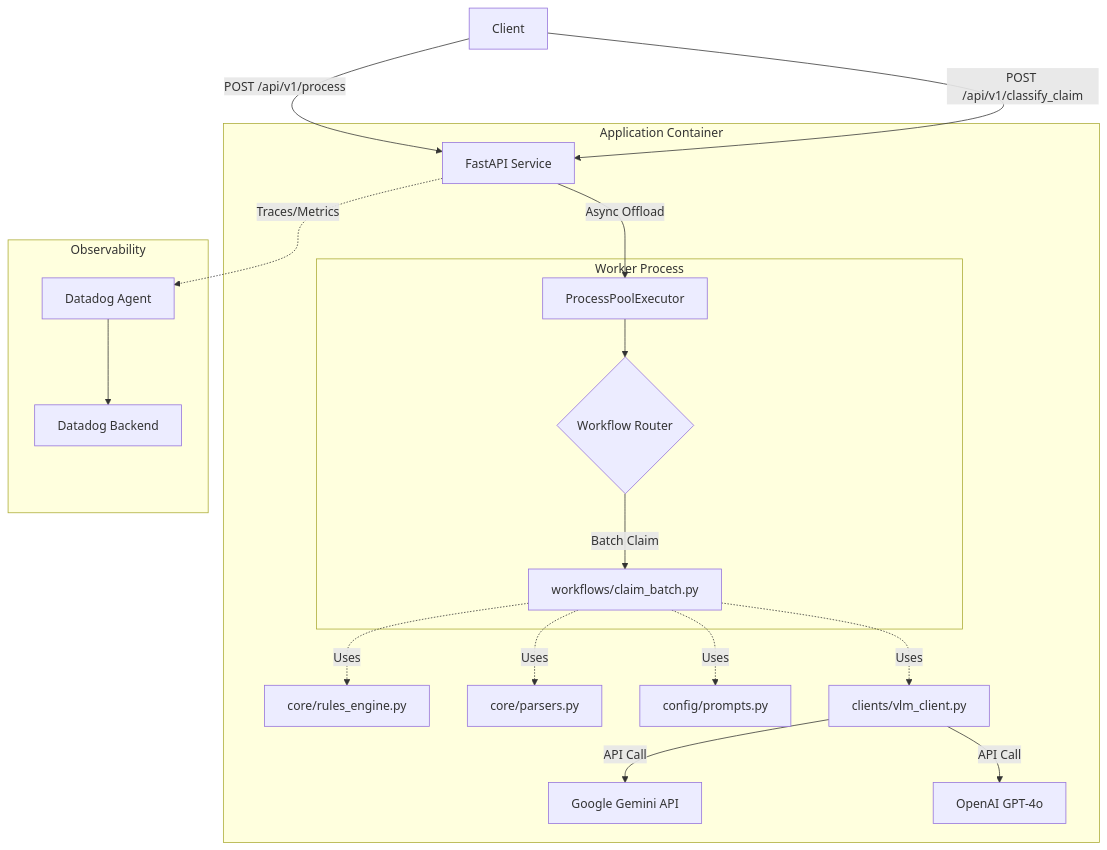
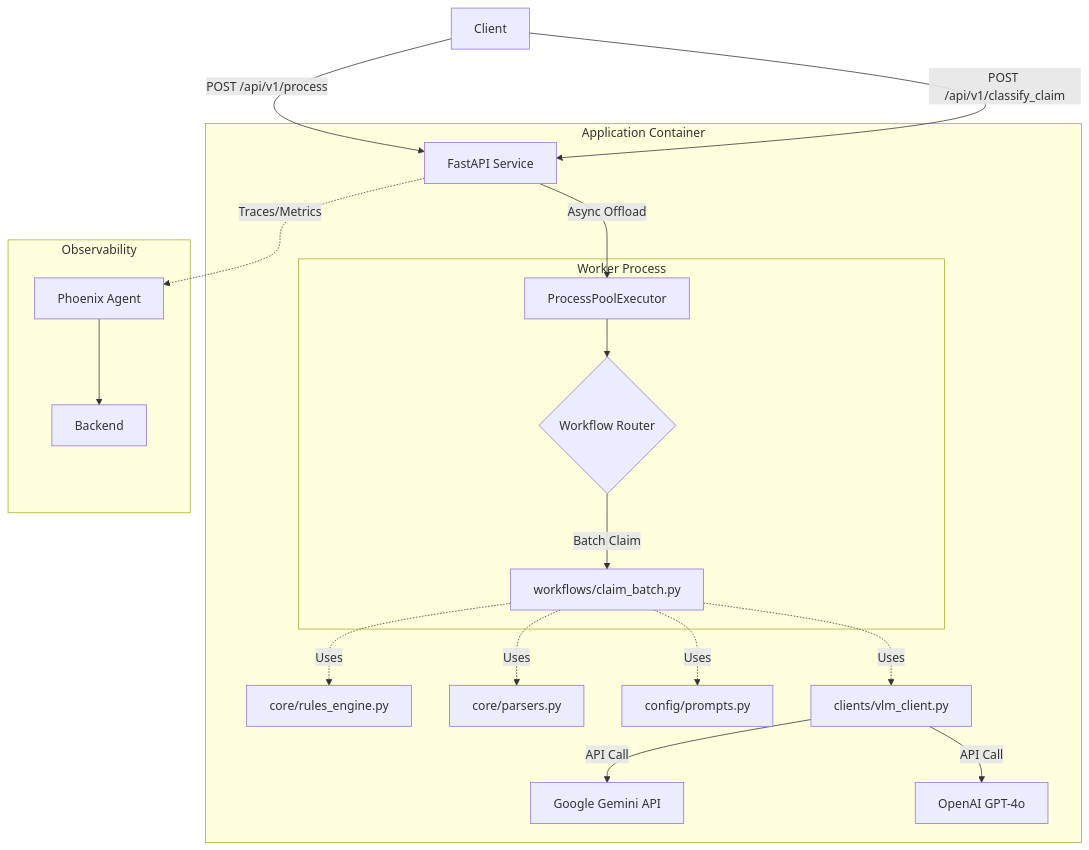
Before and after one commit to Omninoob-999/DBIproj: the diagram in ARCHITECTURE.md, drawn with Mermaid. The commit also changed other lines of this file, not shown here.

````diff
--- a/ARCHITECTURE.md
+++ b/ARCHITECTURE.md
@@ -11,28 +11,28 @@
 ```mermaid
 graph TD
     Client[Client] -->|POST /api/v1/process| API[FastAPI Service]
     Client -->|POST /api/v1/classify_claim| API
     
     subgraph "Application Container"
         API -->|Async Offload| WorkerPool[ProcessPoolExecutor]
         
         subgraph "Worker Process"
             WorkerPool --> Router{Workflow Router}
             Router -->|Batch Claim| ClaimBatch[workflows/claim_batch.py]
         end
         
         %% Core Dependencies
         ClaimBatch -.->|Uses| RulesEngine[core/rules_engine.py]
         ClaimBatch -.->|Uses| Parsers[core/parsers.py]
         ClaimBatch -.->|Uses| Prompts[config/prompts.py]
         ClaimBatch -.->|Uses| VLMClient[clients/vlm_client.py]
         
         VLMClient -->|API Call| GoogleGemini[Google Gemini API]
         VLMClient -->|API Call| OpenAI[OpenAI GPT-4o]
     end
     
     subgraph "Observability"
-        API -.->|Traces/Metrics| DatadogAgent[Datadog Agent]
-        DatadogAgent --> DatadogCloud[Datadog Backend]
+        API -.->|Traces/Metrics| Phoenix-Agent[Phoenix Agent]
+        Phoenix-Agent --> Cloud[Backend]
     end
 ```
````
